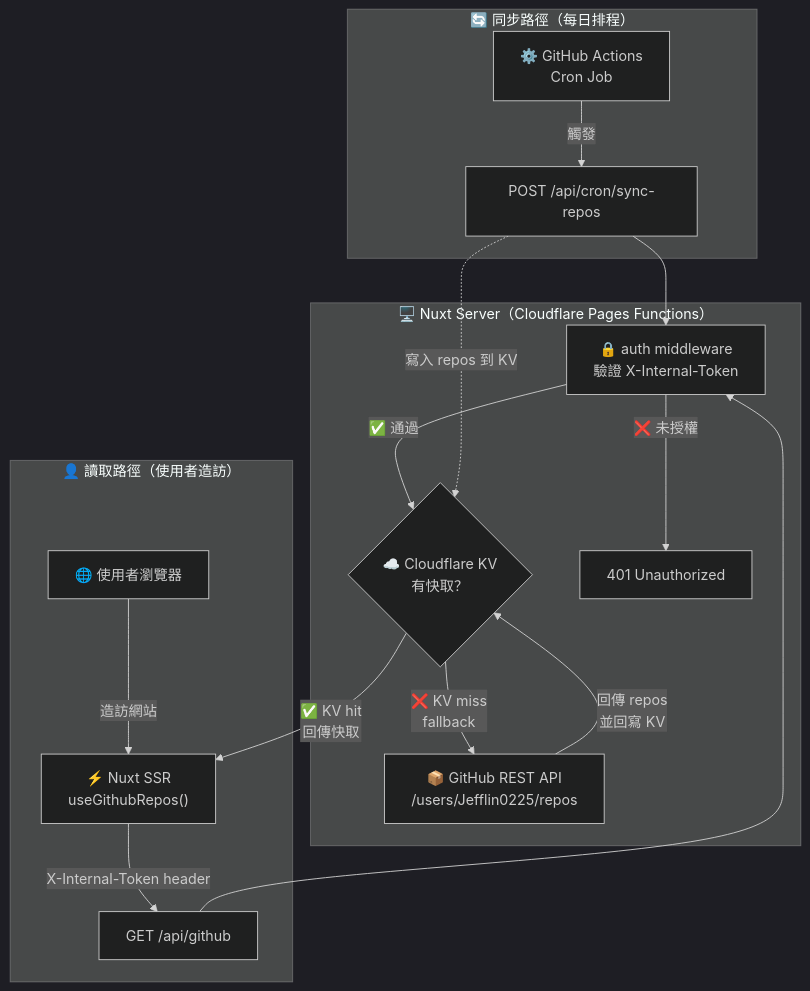
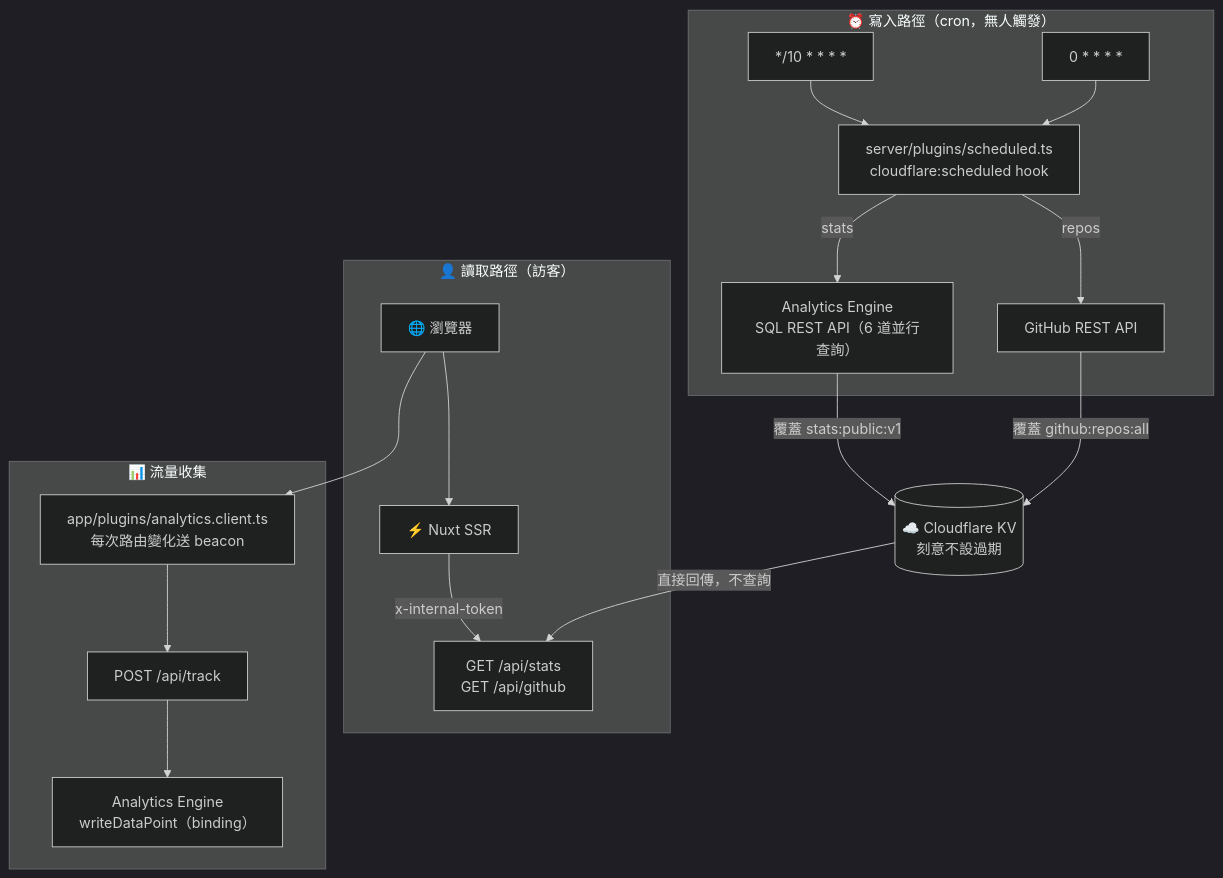
One commit to JeffLin0225/JeffLin.dev changed the diagram in README.md. Above: the diagram before and after it, drawn with Mermaid (dark theme). The commit also changed other lines of this file and 2 other files, not shown here.

Commit message:
UI調整＆更新文件 & 架構圖靜態網頁

````diff
--- a/README.md
+++ b/README.md
@@ -31,33 +56,36 @@
 ```mermaid
 flowchart TD
-    subgraph SYNC["🔄 同步路徑（每日排程）"]
-        GA["⚙️ GitHub Actions\nCron Job"]
-        SYNC_API["POST /api/cron/sync-repos"]
-        GA -->|"觸發"| SYNC_API
+    subgraph WRITE["⏰ 寫入路徑（cron，無人觸發）"]
+        CRON10["*/10 * * * *"]
+        CRON60["0 * * * *"]
+        SCHED["server/plugins/scheduled.ts<br/>cloudflare:scheduled hook"]
+        AE_SQL["Analytics Engine<br/>SQL REST API（6 道並行查詢）"]
+        GH_API["GitHub REST API"]
+        CRON10 --> SCHED
+        CRON60 --> SCHED
+        SCHED -->|"stats"| AE_SQL
+        SCHED -->|"repos"| GH_API
     end
 
-    subgraph READ["👤 讀取路徑（使用者造訪）"]
-        USER["🌐 使用者瀏覽器"]
-        NUXT["⚡ Nuxt SSR\nuseGithubRepos()"]
-        READ_API["GET /api/github"]
-        USER -->|"造訪網站"| NUXT
-        NUXT -->|"X-Internal-Token header"| READ_API
+    KV[("☁️ Cloudflare KV<br/>刻意不設過期")]
+
+    AE_SQL -->|"覆蓋 stats:public:v1"| KV
+    GH_API -->|"覆蓋 github:repos:all"| KV
+
+    subgraph READ["👤 讀取路徑（訪客）"]
+        USER["🌐 瀏覽器"]
+        SSR["⚡ Nuxt SSR"]
+        API["GET /api/stats<br/>GET /api/github"]
+        USER --> SSR
+        SSR -->|"x-internal-token"| API
     end
 
-    subgraph SERVER["🖥️ Nuxt Server（Cloudflare Pages Functions）"]
-        AUTH["🔒 auth middleware\n驗證 X-Internal-Token"]
-        KV_CHECK{"☁️ Cloudflare KV\n有快取？"}
-        GH_API["📦 GitHub REST API\n/users/Jefflin0225/repos"]
+    KV -->|"直接回傳，不查詢"| API
 
-        SYNC_API --> AUTH
-        READ_API --> AUTH
-        AUTH -->|"✅ 通過"| KV_CHECK
-        AUTH -->|"❌ 未授權"| ERR["401 Unauthorized"]
-
-        KV_CHECK -->|"✅ KV hit\n回傳快取"| NUXT
-        KV_CHECK -->|"❌ KV miss\nfallback"| GH_API
-        GH_API -->|"回傳 repos\n並回寫 KV"| KV_CHECK
+    subgraph TRACK["📊 流量收集"]
+        BEACON["app/plugins/analytics.client.ts<br/>每次路由變化送 beacon"]
+        TRACK_API["POST /api/track"]
+        AE_WRITE["Analytics Engine<br/>writeDataPoint（binding）"]
+        USER --> BEACON --> TRACK_API --> AE_WRITE
     end
-
-    SYNC_API -.->|"寫入 repos 到 KV"| KV_CHECK
 ```
````
